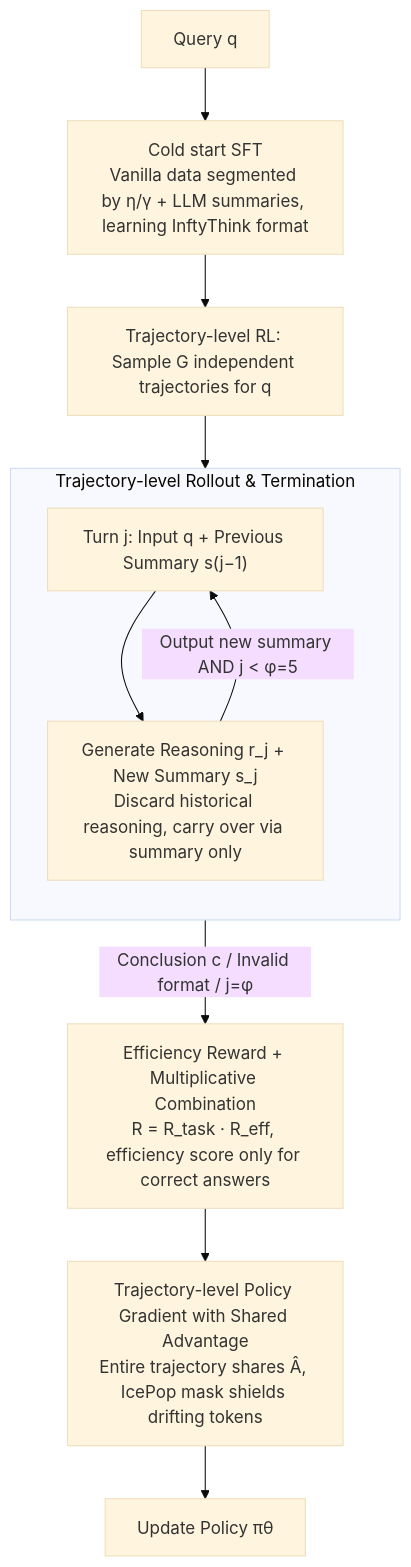
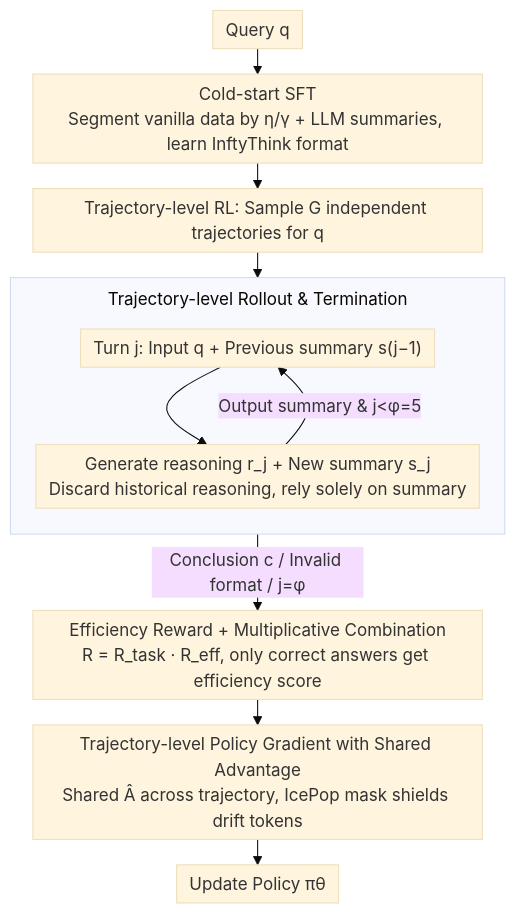
Before and after one commit to zhaoyang97/Paper-Notes-en: the diagram in docs/ICML2026/reinforcement_learning/inftythink_effective_and_efficient_infinite-horizon_reasoning_via_reinforcement_.md, drawn with Mermaid (base theme). The commit also changed other lines of this file and 5084 other files, not shown here.

````diff
--- a/docs/ICML2026/reinforcement_learning/inftythink_effective_and_efficient_infinite-horizon_reasoning_via_reinforcement_.md
+++ b/docs/ICML2026/reinforcement_learning/inftythink_effective_and_efficient_infinite-horizon_reasoning_via_reinforcement_.md
@@ -47,14 +47,15 @@
 ```mermaid
-graph TD
-    A["Query q"] --> CS["Cold start SFT<br/>Vanilla data segmented by η/γ + LLM summaries, learning InftyThink format"]
+%%{init: {'flowchart': {'rankSpacing': 24, 'nodeSpacing': 28, 'padding': 6, 'wrappingWidth': 400, 'subGraphTitleMargin': {'top': 8, 'bottom': 16}}}}%%
+flowchart TD
+    A["Query q"] --> CS["Cold-start SFT<br/>Segment vanilla data by η/γ + LLM summaries, learn InftyThink format"]
     CS --> RL["Trajectory-level RL: Sample G independent trajectories for q"]
     subgraph ROLL["Trajectory-level Rollout & Termination"]
         direction TB
-        B["Turn j: Input q + Previous Summary s(j−1)"] --> C["Generate Reasoning r_j + New Summary s_j<br/>Discard historical reasoning, carry over via summary only"]
-        C -->|Output new summary AND j < φ=5| B
+        B["Turn j: Input q + Previous summary s(j−1)"] --> C["Generate reasoning r_j + New summary s_j<br/>Discard historical reasoning, rely solely on summary"]
+        C -->|Output summary & j<φ=5| B
     end
     RL --> B
-    C -->|Conclusion c / Invalid format / j=φ| D["Efficiency Reward + Multiplicative Combination<br/>R = R_task · R_eff, efficiency score only for correct answers"]
-    D --> E["Trajectory-level Policy Gradient with Shared Advantage<br/>Entire trajectory shares Â, IcePop mask shields drifting tokens"]
+    C -->|Conclusion c / Invalid format / j=φ| D["Efficiency Reward + Multiplicative Combination<br/>R = R_task · R_eff, only correct answers get efficiency score"]
+    D --> E["Trajectory-level Policy Gradient with Shared Advantage<br/>Shared Â across trajectory, IcePop mask shields drift tokens"]
     E --> F["Update Policy πθ"]
 ```
````
